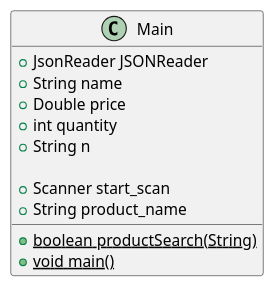
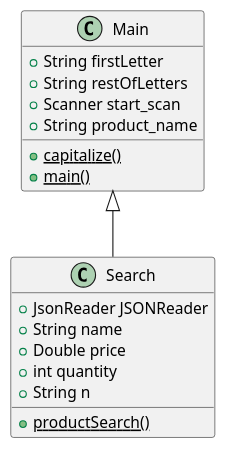
One commit to salamander5777/Gilday-cop3330-assignment3 changed the diagram in src/main/java/ex44/ex44Diagram.puml. Above: the diagram before and after it, drawn with PlantUML. The commit also changed 19 other files, not shown here.

```diff
--- a/src/main/java/ex44/ex44Diagram.puml
+++ b/src/main/java/ex44/ex44Diagram.puml
@@ -1,19 +1,27 @@
 @startuml
 'https://plantuml.com/class-diagram
 
 class Main
+class Search
 
-class Main {
+Main <|-- Search
+
+class Search {
     +JsonReader JSONReader
     +String name
     +Double price
     +int quantity
     +String n
+    {static} +productSearch()
+}
 
+class Main {
+    +String firstLetter
+    +String restOfLetters
     +Scanner start_scan
     +String product_name
-    {static} +boolean productSearch(String)
-    {static} +void main()
+    {static} +capitalize()
+    {static} +main()
 }
 
 @enduml
```
